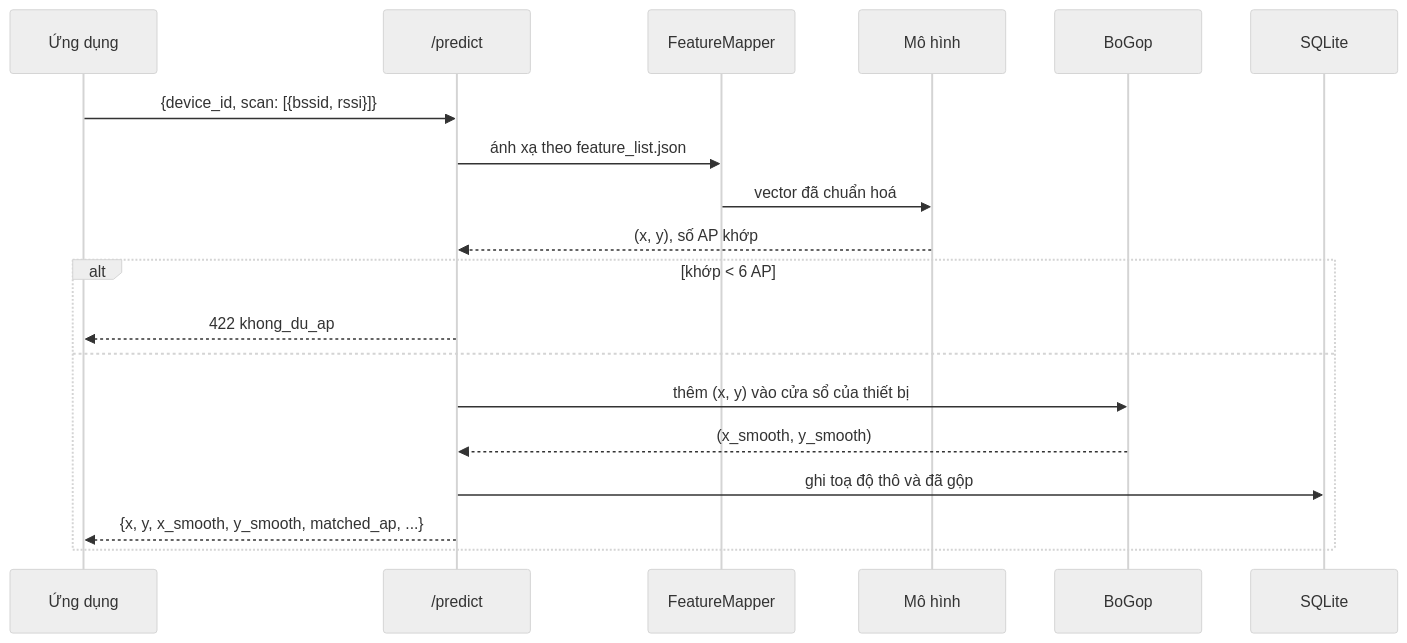
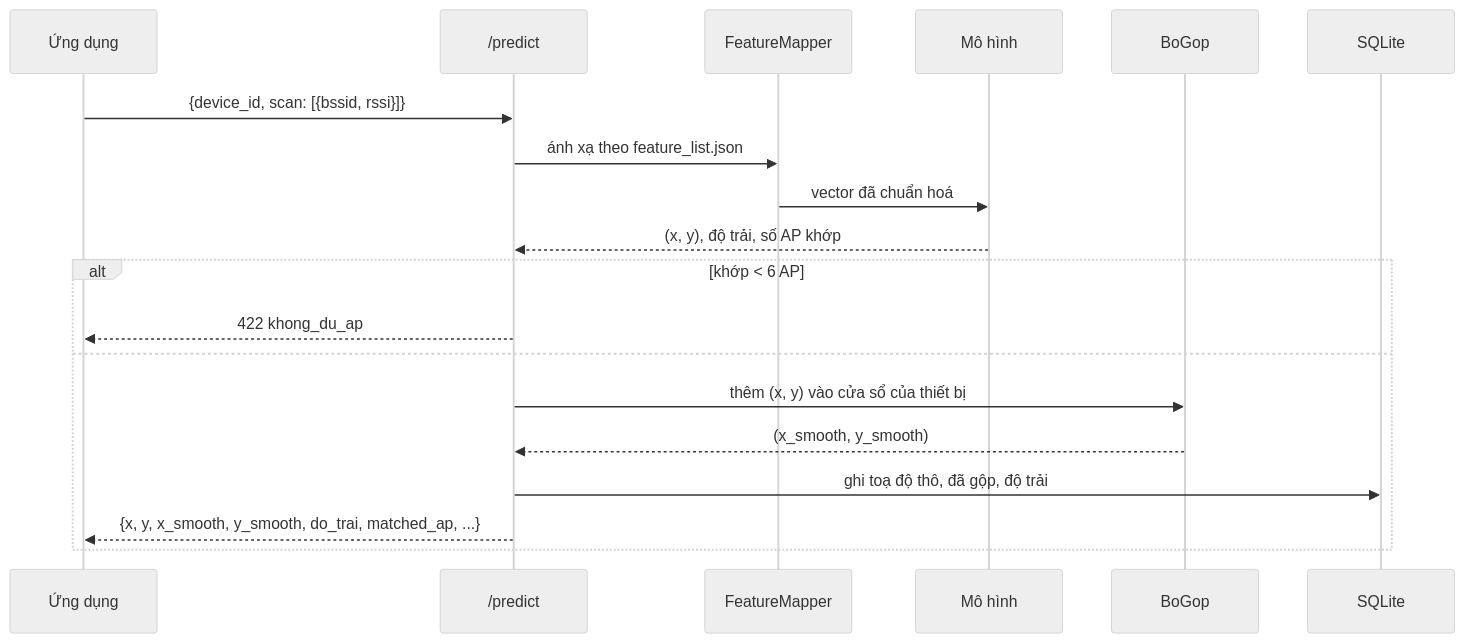
Before and after one commit to DoAnTotNghiep-Indoor/Indoor_Positoning_System-DATN: the second of 3 diagrams in docs/thiet_ke_he_thong.md, drawn with Mermaid (neutral theme). The commit also changed other lines of this file and 22 other files, not shown here.

````diff
--- a/docs/thiet_ke_he_thong.md
+++ b/docs/thiet_ke_he_thong.md
@@ -78,22 +78,22 @@
 ```mermaid
 sequenceDiagram
   participant A as Ứng dụng
   participant R as /predict
   participant F as FeatureMapper
   participant M as Mô hình
   participant G as BoGop
   participant D as SQLite
 
   A->>R: {device_id, scan: [{bssid, rssi}]}
   R->>F: ánh xạ theo feature_list.json
   F->>M: vector đã chuẩn hoá
-  M-->>R: (x, y), số AP khớp
+  M-->>R: (x, y), độ trải, số AP khớp
   alt khớp < 6 AP
     R-->>A: 422 khong_du_ap
   else
     R->>G: thêm (x, y) vào cửa sổ của thiết bị
     G-->>R: (x_smooth, y_smooth)
-    R->>D: ghi toạ độ thô và đã gộp
-    R-->>A: {x, y, x_smooth, y_smooth, matched_ap, ...}
+    R->>D: ghi toạ độ thô, đã gộp, độ trải
+    R-->>A: {x, y, x_smooth, y_smooth, do_trai, matched_ap, ...}
   end
 ```
````
